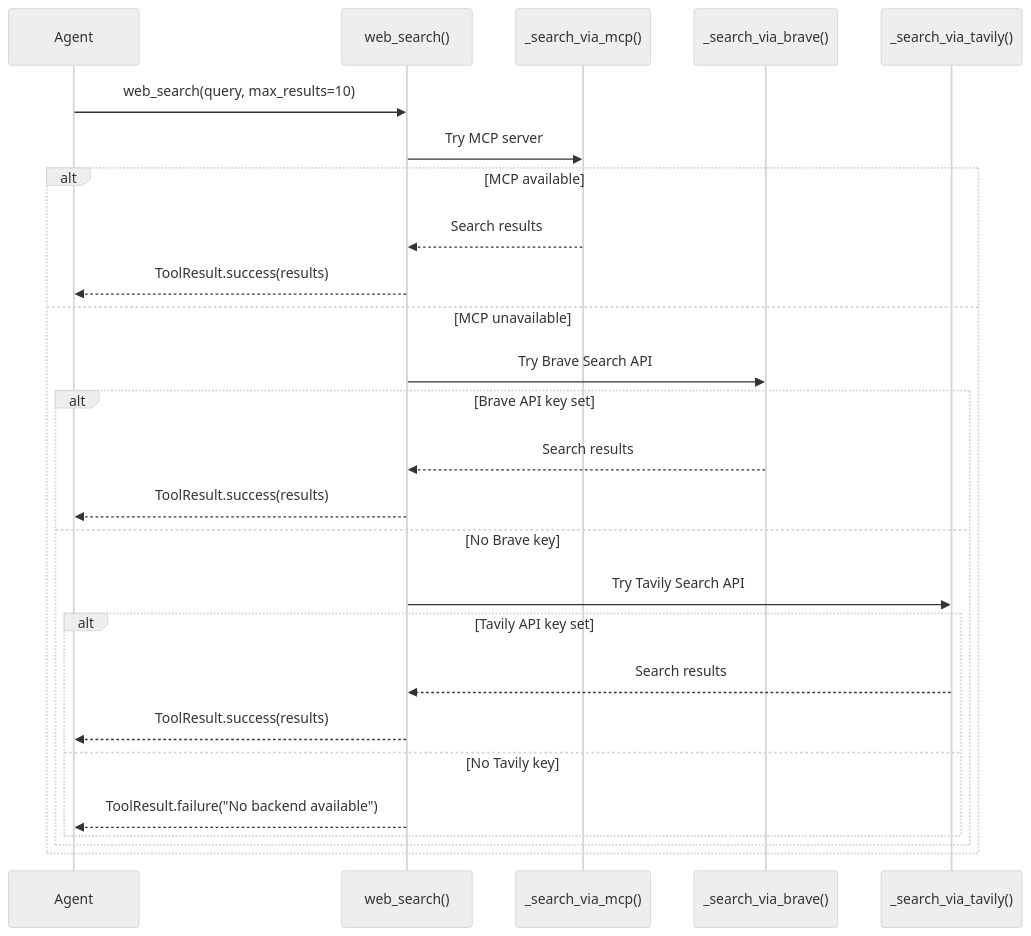
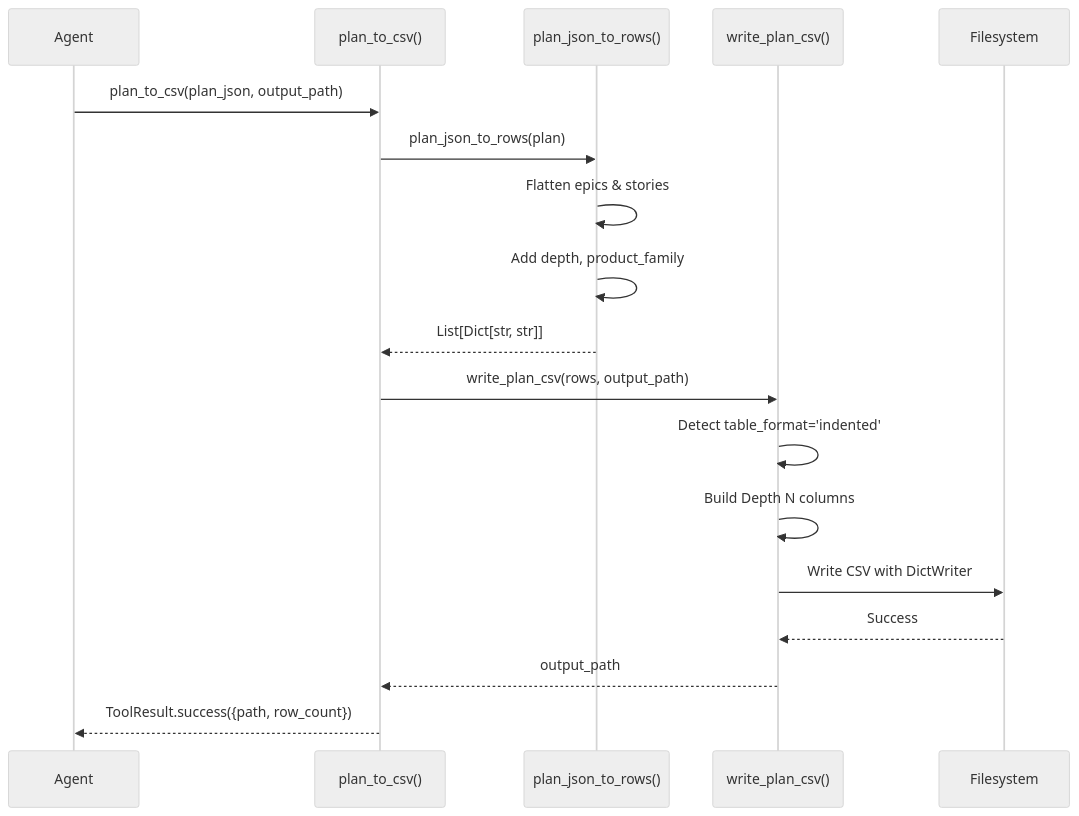
The fourth of 4 diagrams in docs/tools.md (jmac-cornelis/agent-workforce), drawn with Mermaid (neutral theme) before and after one commit. The commit also changed other lines of this file and 4 other files, not shown here.

````diff
--- a/docs/tools.md
+++ b/docs/tools.md
@@ -118,29 +130,21 @@
 ```mermaid
 sequenceDiagram
-    participant Agent
-    participant Tool as web_search()
-    participant MCP as _search_via_mcp()
-    participant Brave as _search_via_brave()
-    participant Tavily as _search_via_tavily()
+    participant Agent as Agent
+    participant Tool as plan_to_csv()
+    participant Converter as plan_json_to_rows()
+    participant Writer as write_plan_csv()
+    participant File as Filesystem
     
-    Agent->>Tool: web_search(query, max_results=10)
-    Tool->>MCP: Try MCP server
-    alt MCP available
-        MCP-->>Tool: Search results
-        Tool-->>Agent: ToolResult.success(results)
-    else MCP unavailable
-        Tool->>Brave: Try Brave Search API
-        alt Brave API key set
-            Brave-->>Tool: Search results
-            Tool-->>Agent: ToolResult.success(results)
-        else No Brave key
-            Tool->>Tavily: Try Tavily Search API
-            alt Tavily API key set
-                Tavily-->>Tool: Search results
-                Tool-->>Agent: ToolResult.success(results)
-            else No Tavily key
-                Tool-->>Agent: ToolResult.failure("No backend available")
-            end
-        end
-    end
+    Agent->>Tool: plan_to_csv(plan_json, output_path)
+    Tool->>Converter: plan_json_to_rows(plan)
+    Converter->>Converter: Flatten epics & stories
+    Converter->>Converter: Add depth, product_family
+    Converter-->>Tool: List[Dict[str, str]]
+    Tool->>Writer: write_plan_csv(rows, output_path)
+    Writer->>Writer: Detect table_format='indented'
+    Writer->>Writer: Build Depth N columns
+    Writer->>File: Write CSV with DictWriter
+    File-->>Writer: Success
+    Writer-->>Tool: output_path
+    Tool-->>Agent: ToolResult.success({path, row_count})
 ```
````
